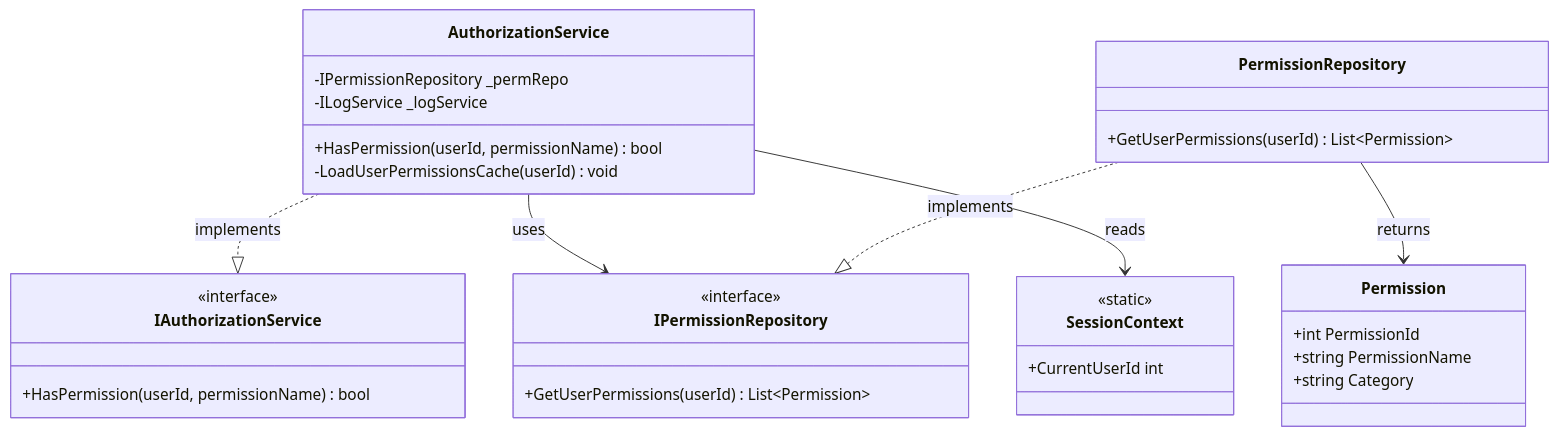
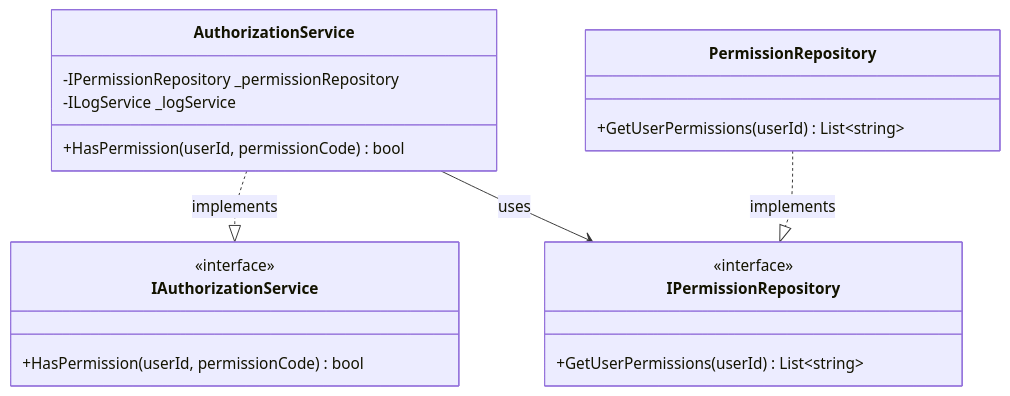
Diagram 13 of 13 in Documentation/UML_Diagrams/11_Role_Permissions_Process_Class_Diagram.md (nahuk86/tp_diploma_nk_2026), drawn with Mermaid before and after one commit. The commit also changed other lines of this file and 7 other files, not shown here.

Commit message:
docs: update UML diagrams to reflect code refactoring

````diff
--- a/Documentation/UML_Diagrams/11_Role_Permissions_Process_Class_Diagram.md
+++ b/Documentation/UML_Diagrams/11_Role_Permissions_Process_Class_Diagram.md
@@ -508,40 +498,26 @@
 ```mermaid
 classDiagram
     class AuthorizationService {
-        -IPermissionRepository _permRepo
+        -IPermissionRepository _permissionRepository
         -ILogService _logService
-        +HasPermission(userId, permissionName) bool
-        -LoadUserPermissionsCache(userId) void
+        +HasPermission(userId, permissionCode) bool
     }
 
     class IAuthorizationService {
         <<interface>>
-        +HasPermission(userId, permissionName) bool
+        +HasPermission(userId, permissionCode) bool
     }
 
     class IPermissionRepository {
         <<interface>>
-        +GetUserPermissions(userId) List~Permission~
+        +GetUserPermissions(userId) List~string~
     }
 
     class PermissionRepository {
-        +GetUserPermissions(userId) List~Permission~
-    }
-
-    class SessionContext {
-        <<static>>
-        +CurrentUserId int
-    }
-
-    class Permission {
-        +int PermissionId
-        +string PermissionName
-        +string Category
+        +GetUserPermissions(userId) List~string~
     }
 
     AuthorizationService ..|> IAuthorizationService : implements
     AuthorizationService --> IPermissionRepository : uses
-    AuthorizationService --> SessionContext : reads
     PermissionRepository ..|> IPermissionRepository : implements
-    PermissionRepository --> Permission : returns
 ```
````
